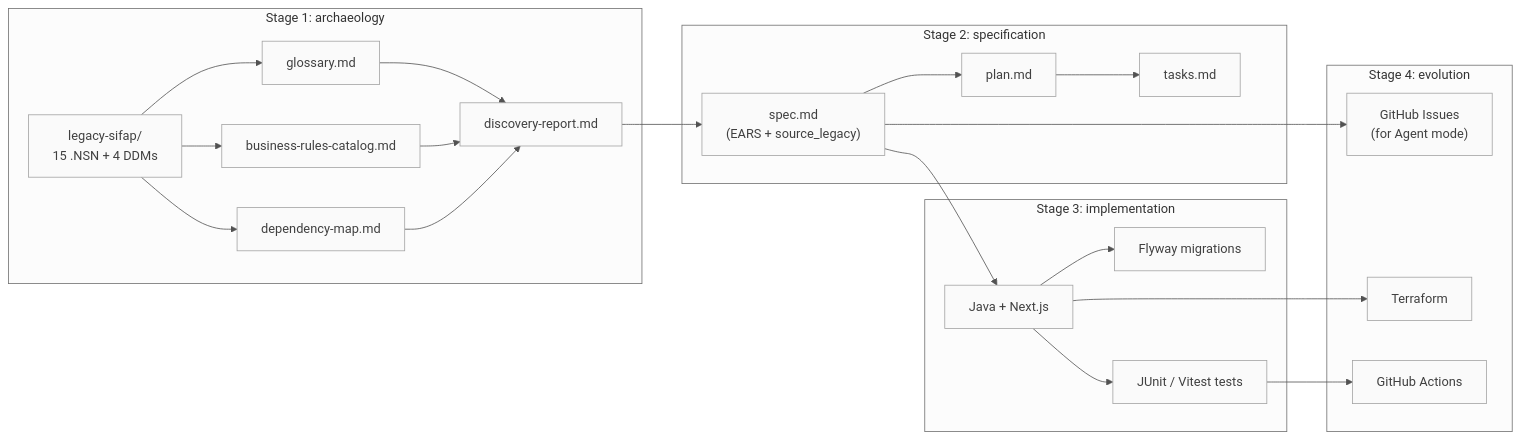
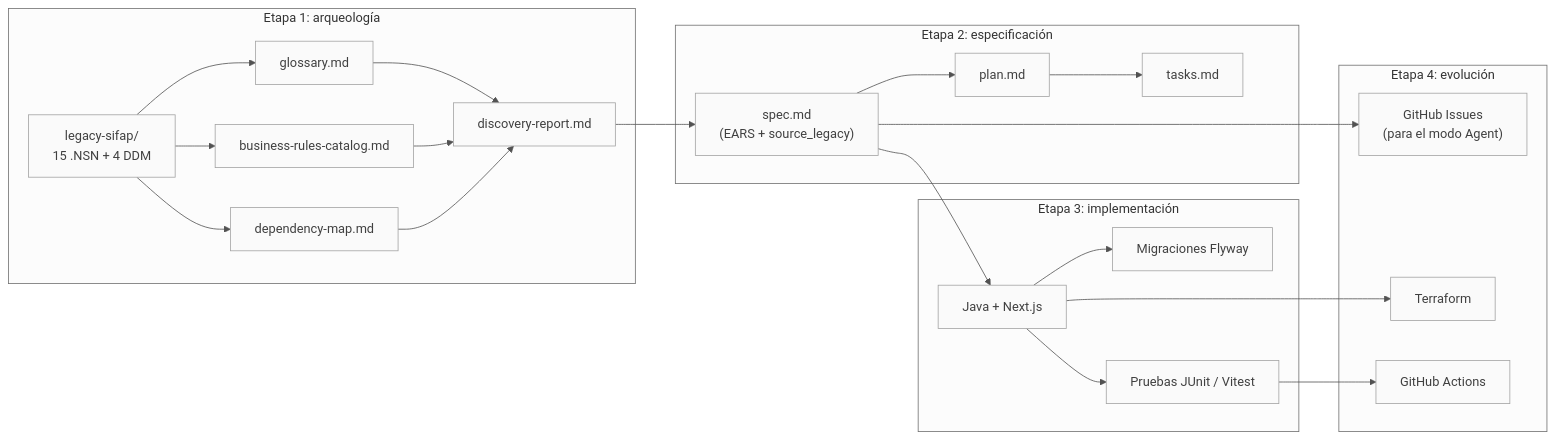
The second of 2 diagrams in 00-SITEMAP.md (paulasilvatech/datacorp-sifap-team-kit-pt-br), drawn with Mermaid before and after one commit. The commit also changed other lines of this file and 386 other files, not shown here.

````diff
--- a/00-SITEMAP.md
+++ b/00-SITEMAP.md
@@ -88,43 +88,43 @@
 ```mermaid
 %%{init: {'theme':'neutral','themeVariables':{'fontFamily':'ui-sans-serif, system-ui, sans-serif','primaryColor':'#F5F5F5','primaryTextColor':'#171717','primaryBorderColor':'#171717','lineColor':'#525252','secondaryColor':'#FFFFFF','tertiaryColor':'#FAFAFA','background':'#FFFFFF'}}}%%
 flowchart LR
     classDef step fill:#F5F5F5,stroke:#171717,color:#171717
     classDef artifact fill:#FAFAFA,stroke:#A3A3A3,color:#404040
     classDef result fill:#FFFFFF,stroke:#171717,color:#171717,stroke-width:2px
 
-    subgraph E1["Stage 1: archaeology"]
-        LEGACY["legacy-sifap/<br/>15 .NSN + 4 DDMs"]:::artifact
+    subgraph E1["Etapa 1: arqueología"]
+        LEGACY["legacy-sifap/<br/>15 .NSN + 4 DDM"]:::artifact
         GLOSS["glossary.md"]:::artifact
         BR["business-rules-catalog.md"]:::artifact
         DEPS["dependency-map.md"]:::artifact
         REPORT["discovery-report.md"]:::artifact
     end
 
-    subgraph E2["Stage 2: specification"]
+    subgraph E2["Etapa 2: especificación"]
         SPEC["spec.md<br/>(EARS + source_legacy)"]:::artifact
         PLAN["plan.md"]:::artifact
         TASKS["tasks.md"]:::artifact
     end
 
-    subgraph E3["Stage 3: implementation"]
+    subgraph E3["Etapa 3: implementación"]
         CODE["Java + Next.js"]:::artifact
-        MIGS["Flyway migrations"]:::artifact
-        TESTS["JUnit / Vitest tests"]:::artifact
+        MIGS["Migraciones Flyway"]:::artifact
+        TESTS["Pruebas JUnit / Vitest"]:::artifact
     end
 
-    subgraph E4["Stage 4: evolution"]
-        ISSUES["GitHub Issues<br/>(for Agent mode)"]:::artifact
+    subgraph E4["Etapa 4: evolución"]
+        ISSUES["GitHub Issues<br/>(para el modo Agent)"]:::artifact
         TF["Terraform"]:::artifact
         CI["GitHub Actions"]:::artifact
     end
 
     LEGACY --> GLOSS & BR & DEPS
     GLOSS & BR & DEPS --> REPORT
     REPORT --> SPEC
     SPEC --> PLAN --> TASKS
     SPEC --> CODE
     CODE --> TESTS & MIGS
     SPEC --> ISSUES
     CODE --> TF
     TESTS --> CI
 ```
````
